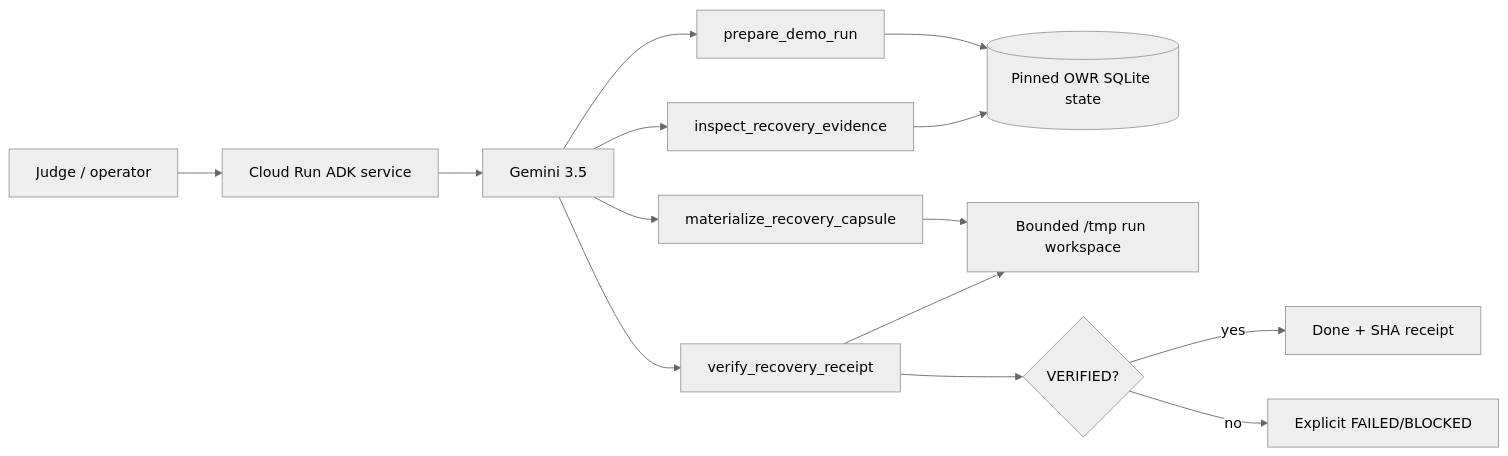
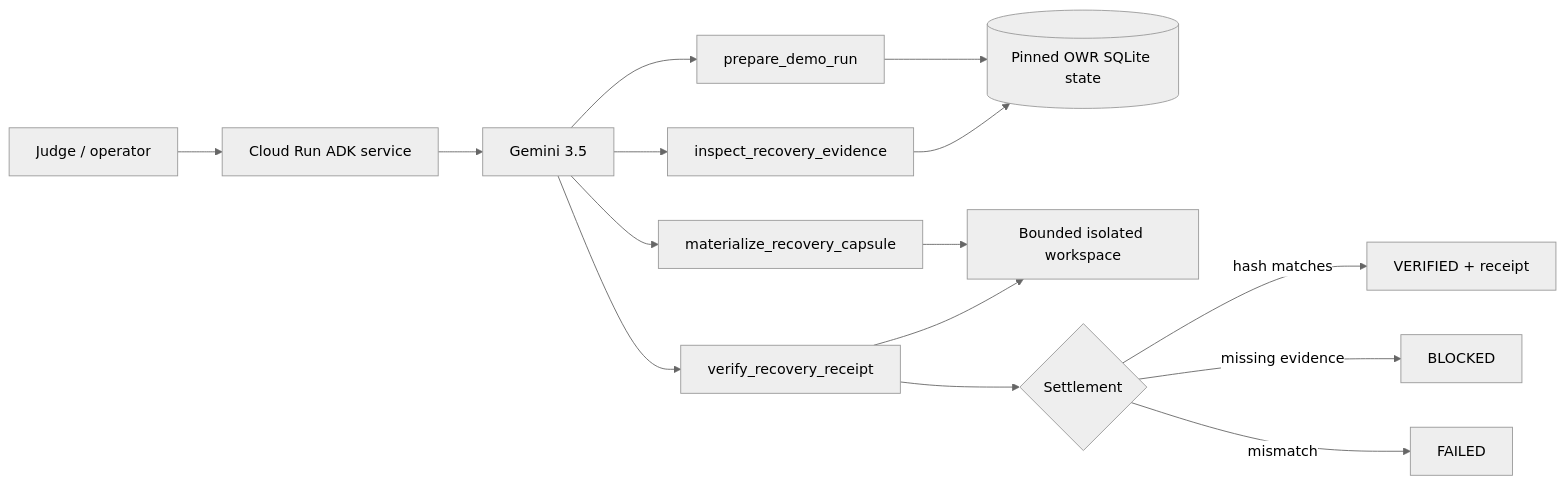
One commit to leadingproblemsolver/operational-waste-recovery changed the diagram in hackathons/all-things-agentic/recovery-taskmaster/README.md. Above: the diagram before and after it, drawn with Mermaid (neutral theme). The commit also changed other lines of this file, not shown here.

````diff
--- a/hackathons/all-things-agentic/recovery-taskmaster/README.md
+++ b/hackathons/all-things-agentic/recovery-taskmaster/README.md
@@ -173,16 +119,17 @@
 ```mermaid
 flowchart LR
     U[Judge / operator] --> CR[Cloud Run ADK service]
     CR --> G[Gemini 3.5]
     G --> P[prepare_demo_run]
     P --> O[(Pinned OWR SQLite state)]
     G --> E[inspect_recovery_evidence]
     E --> O
     G --> M[materialize_recovery_capsule]
-    M --> W[Bounded /tmp run workspace]
+    M --> W[Bounded isolated workspace]
     G --> V[verify_recovery_receipt]
     V --> W
-    V --> R{VERIFIED?}
-    R -->|yes| D[Done + SHA receipt]
-    R -->|no| F[Explicit FAILED/BLOCKED]
+    V --> R{Settlement}
+    R -->|hash matches| D[VERIFIED + receipt]
+    R -->|missing evidence| B[BLOCKED]
+    R -->|mismatch| F[FAILED]
 ```
````
